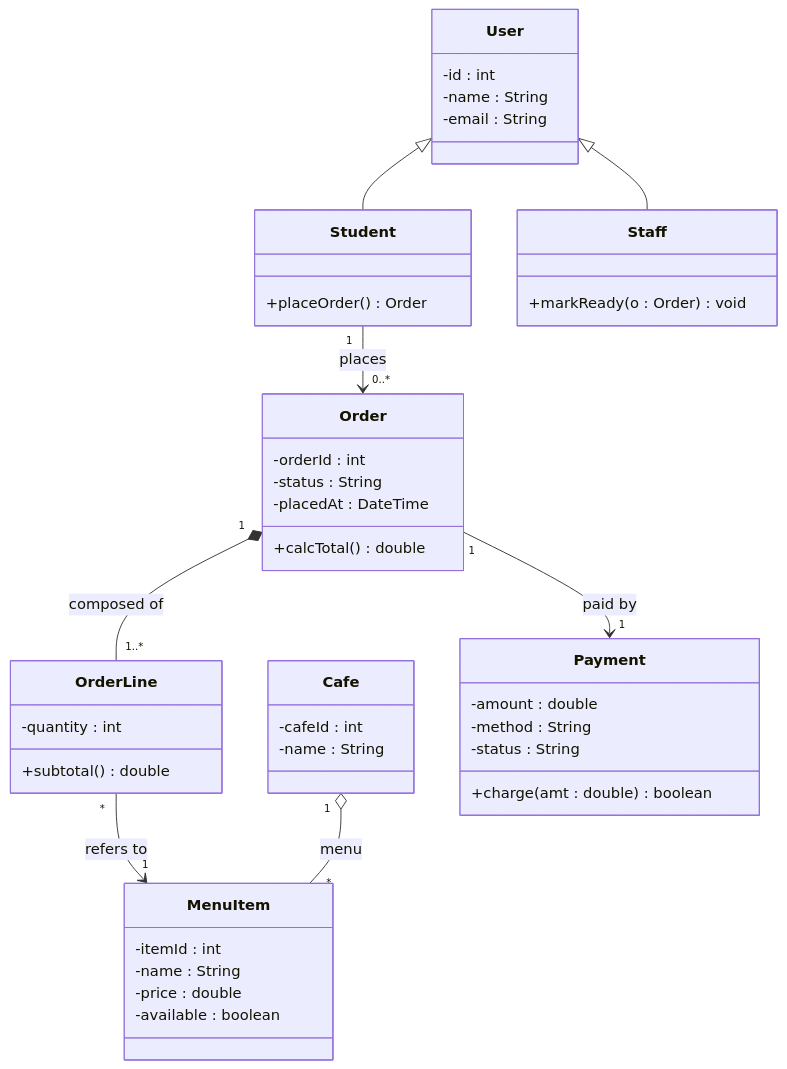
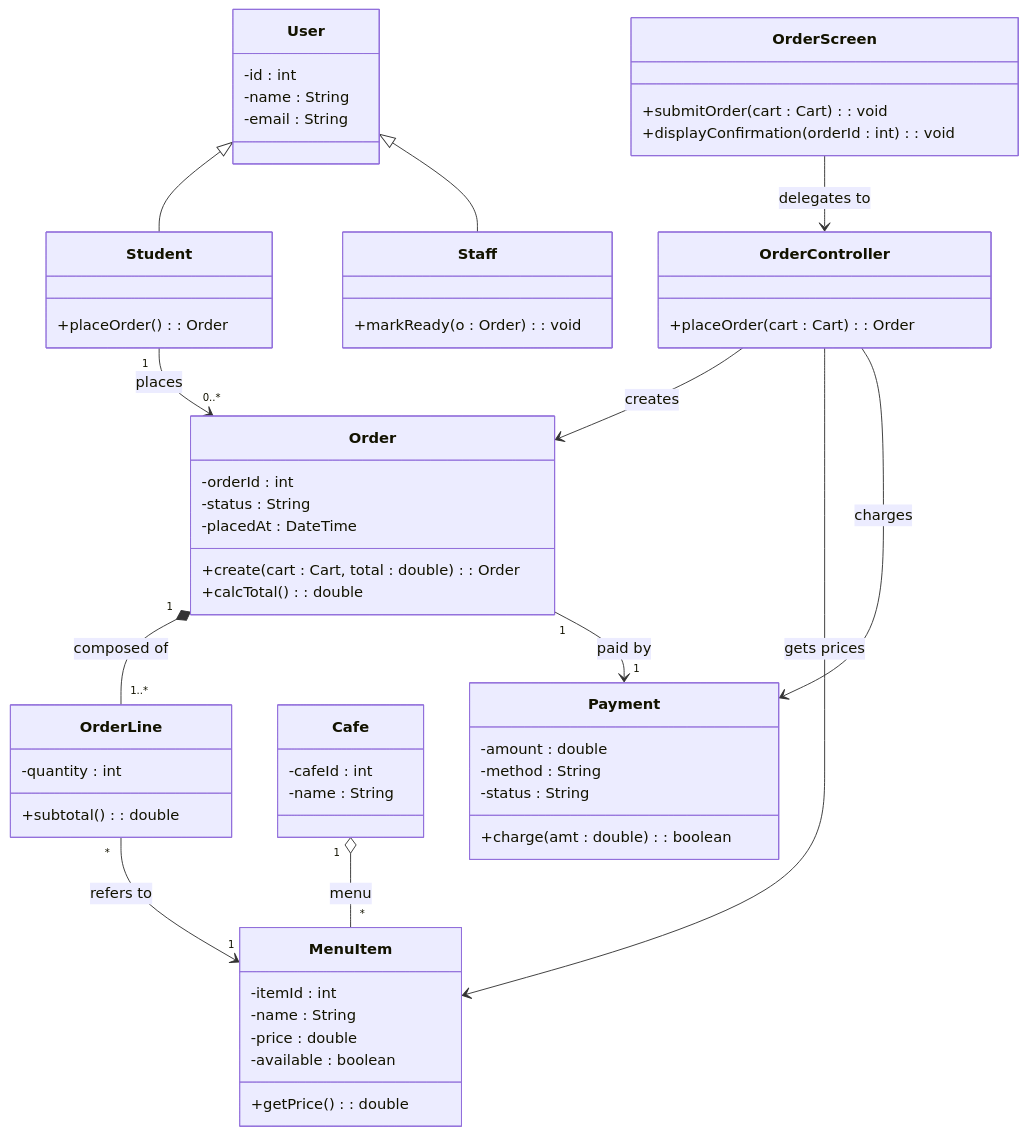
One commit to Beh69/Software-dev-lectures changed the second of 5 diagrams in EXAM-DIAGRAMS-AND-DESCRIPTIONS.md. Above: the diagram before and after it, drawn with Mermaid. The commit also changed other lines of this file and 3 other files, not shown here.

Commit message:
Correct exam guide diagrams, citations, and practice answers

````diff
--- a/EXAM-DIAGRAMS-AND-DESCRIPTIONS.md
+++ b/EXAM-DIAGRAMS-AND-DESCRIPTIONS.md
@@ -141,48 +147,61 @@
 ```mermaid
 classDiagram
     class User {
         -id : int
         -name : String
         -email : String
     }
     class Student {
-        +placeOrder() Order
+        +placeOrder(): Order
     }
     class Staff {
-        +markReady(o : Order) void
+        +markReady(o : Order): void
+    }
+    class OrderScreen {
+        +submitOrder(cart : Cart): void
+        +displayConfirmation(orderId : int): void
+    }
+    class OrderController {
+        +placeOrder(cart : Cart): Order
     }
     class Order {
         -orderId : int
         -status : String
         -placedAt : DateTime
-        +calcTotal() double
+        +create(cart : Cart, total : double): Order
+        +calcTotal(): double
     }
     class OrderLine {
         -quantity : int
-        +subtotal() double
+        +subtotal(): double
     }
     class MenuItem {
         -itemId : int
         -name : String
         -price : double
         -available : boolean
+        +getPrice(): double
     }
     class Cafe {
         -cafeId : int
         -name : String
     }
     class Payment {
         -amount : double
         -method : String
         -status : String
-        +charge(amt : double) boolean
+        +charge(amt : double): boolean
     }
 
     User <|-- Student
     User <|-- Staff
     Student "1" --> "0..*" Order : places
+    OrderScreen --> OrderController : delegates to
+    OrderController --> Order : creates
+    OrderController --> MenuItem : gets prices
+    OrderController --> Payment : charges
     Order "1" *-- "1..*" OrderLine : composed of
     OrderLine "*" --> "1" MenuItem : refers to
     Cafe "1" o-- "*" MenuItem : menu
     Order "1" --> "1" Payment : paid by
 ```
````
